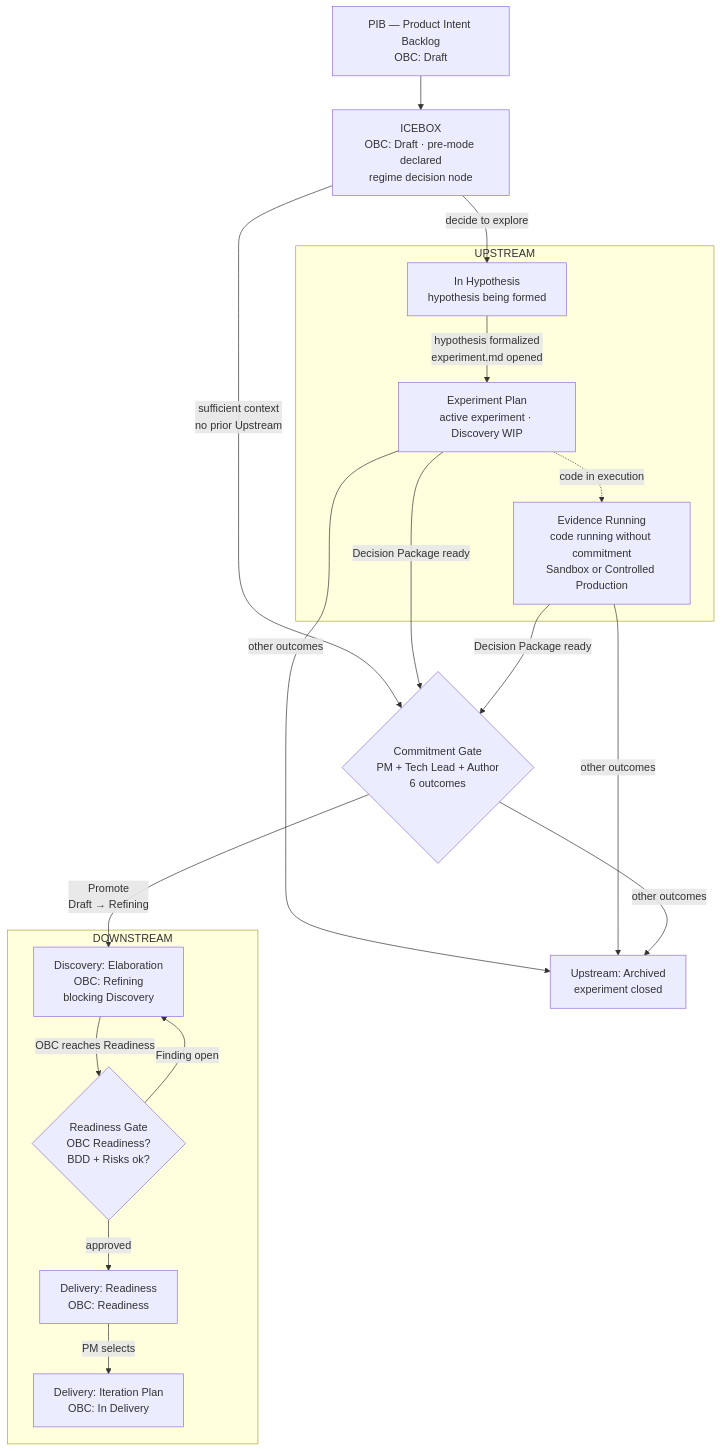
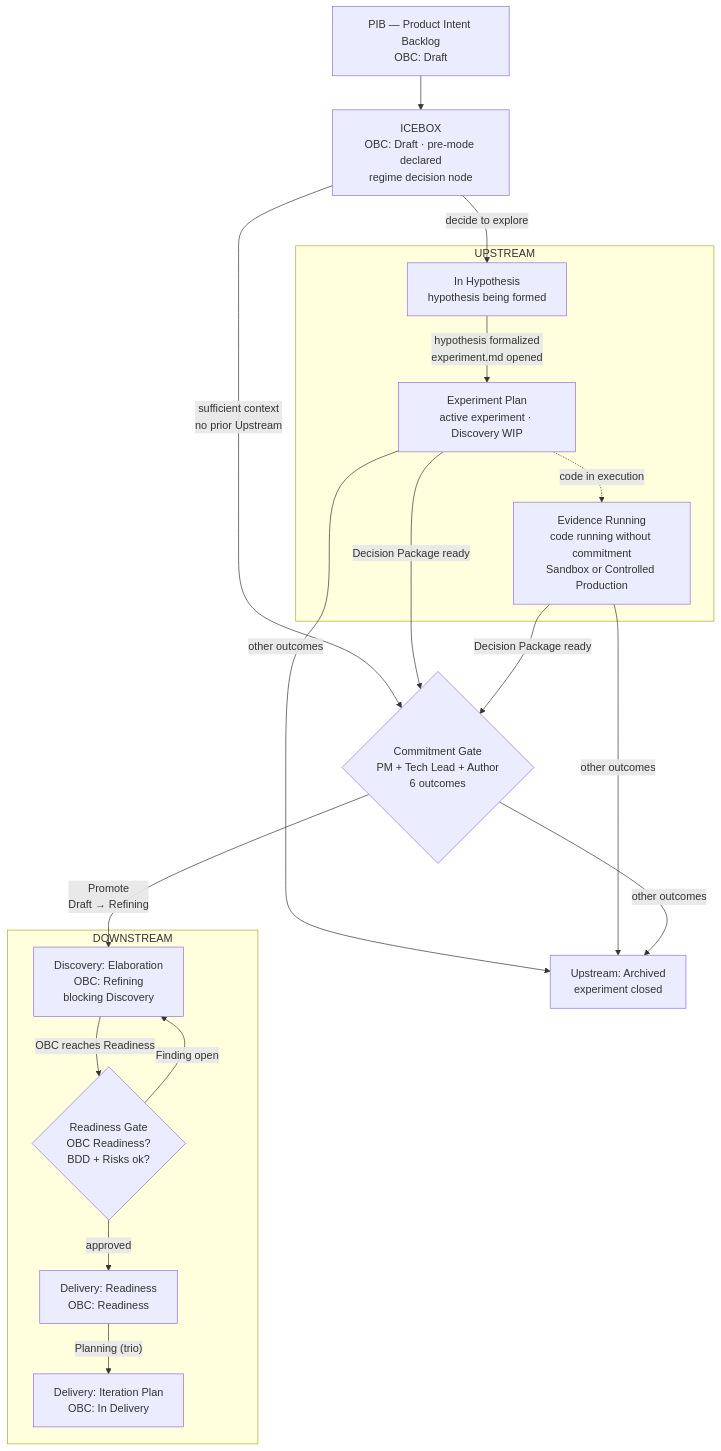
One commit to produtoreativo/from-intent-to-outcome changed the third of 3 diagrams in en/chapter-05.md. Above: the diagram before and after it, drawn with Mermaid. The commit also changed other lines of this file and 2 other files, not shown here.

````diff
--- a/en/chapter-05.md
+++ b/en/chapter-05.md
@@ -153,40 +153,40 @@
 ```mermaid
 flowchart TD
     PIB["PIB — Product Intent Backlog\nOBC: Draft"]
     ICE["ICEBOX\nOBC: Draft · pre-mode declared\nregime decision node"]
 
     subgraph UP["UPSTREAM"]
         UH["In Hypothesis\nhypothesis being formed"]
         EP["Experiment Plan\nactive experiment · Discovery WIP"]
         ER["Evidence Running\ncode running without commitment\nSandbox or Controlled Production"]
     end
     UA["Upstream: Archived\nexperiment closed"]
 
     CG{"Commitment Gate\nPM + Tech Lead + Author\n6 outcomes"}
 
     subgraph DS["DOWNSTREAM"]
         DE["Discovery: Elaboration\nOBC: Refining\nblocking Discovery"]
         RG{"Readiness Gate\nOBC Readiness?\nBDD + Risks ok?"}
         DRD["Delivery: Readiness\nOBC: Readiness"]
         DI["Delivery: Iteration Plan\nOBC: In Delivery"]
     end
 
     PIB --> ICE
     ICE -->|"decide to explore"| UH
     ICE -->|"sufficient context\nno prior Upstream"| CG
 
     UH -->|"hypothesis formalized\nexperiment.md opened"| EP
     EP -.->|"code in execution"| ER
     EP -->|"Decision Package ready"| CG
     ER -->|"Decision Package ready"| CG
     EP -->|"other outcomes"| UA
     ER -->|"other outcomes"| UA
 
     CG -->|"Promote\nDraft → Refining"| DE
     CG -->|"other outcomes"| UA
 
     DE -->|"OBC reaches Readiness"| RG
     RG -->|"approved"| DRD
     RG -->|"Finding open"| DE
-    DRD -->|"PM selects"| DI
+    DRD -->|"Planning (trio)"| DI
 ```
````
